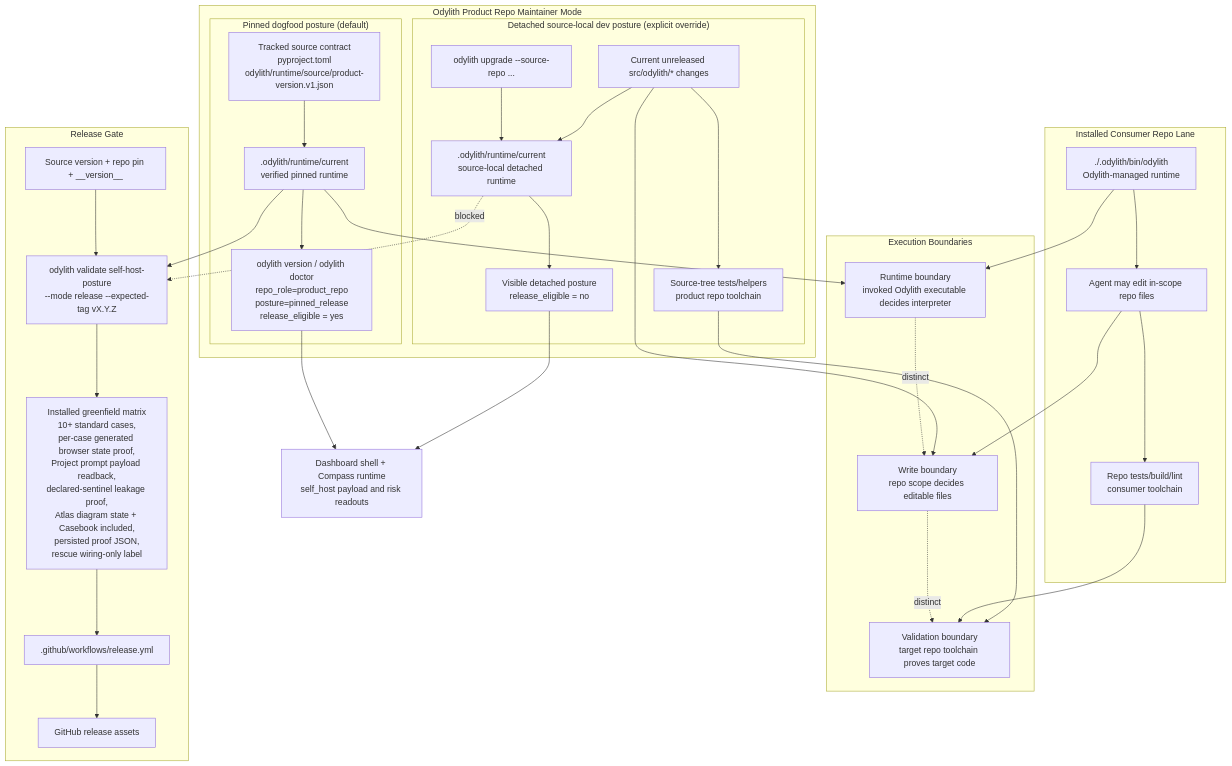
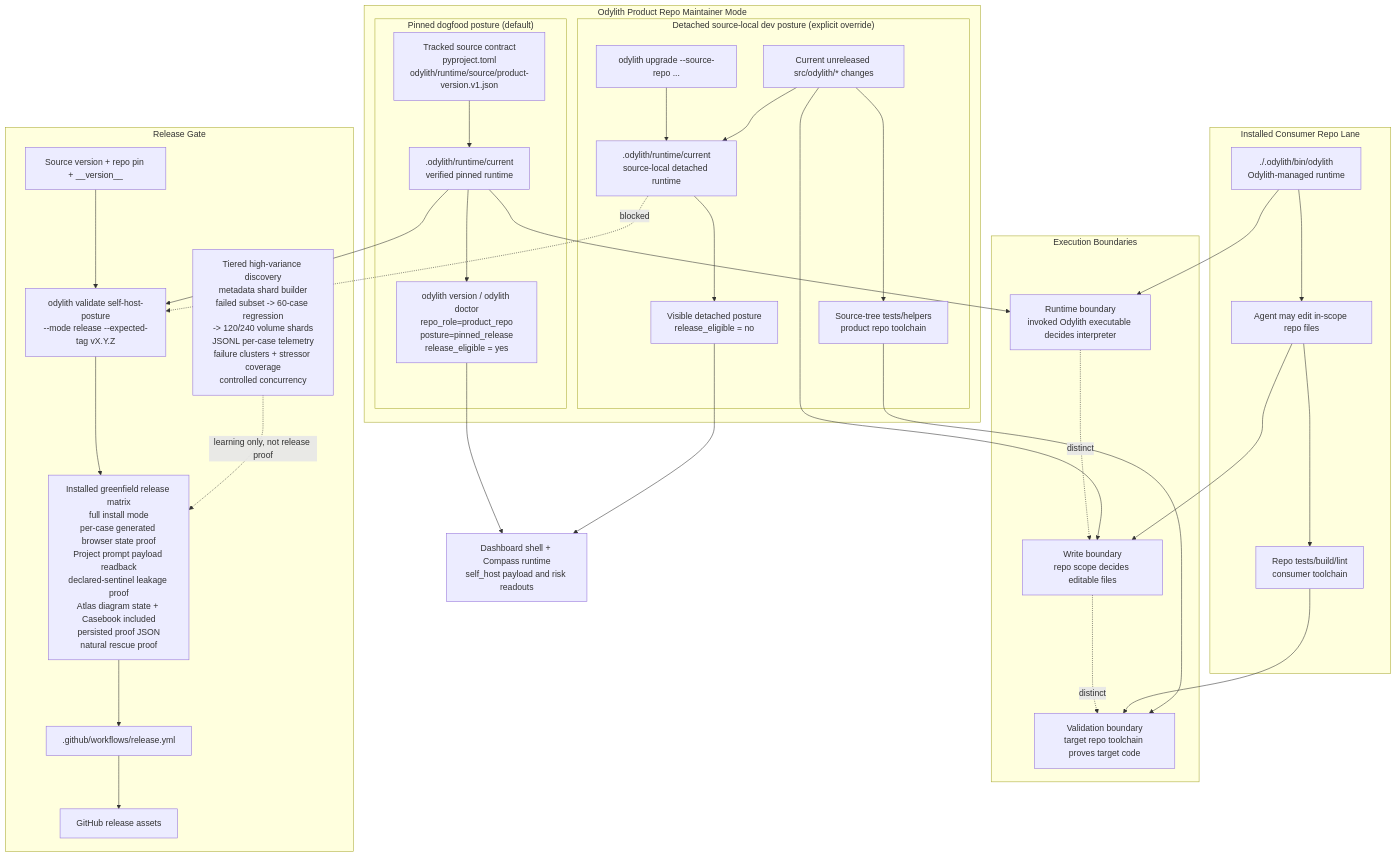
One commit to odylith/odylith changed the diagram in odylith/atlas/source/odylith-self-host-runtime-and-release-gate.mmd. Above: the diagram before and after it, drawn with Mermaid. The commit also changed 287 other files, not shown here.

First line of the commit message:
Harden greenfield post-confirm release proof

```diff
--- a/odylith/atlas/source/odylith-self-host-runtime-and-release-gate.mmd
+++ b/odylith/atlas/source/odylith-self-host-runtime-and-release-gate.mmd
@@ -1,55 +1,57 @@
 flowchart TB
     subgraph Consumer["Installed Consumer Repo Lane"]
         ConsumerLauncher["./.odylith/bin/odylith<br/>Odylith-managed runtime"]
         ConsumerWrites["Agent may edit in-scope repo files"]
         ConsumerToolchain["Repo tests/build/lint<br/>consumer toolchain"]
         ConsumerLauncher --> ConsumerWrites --> ConsumerToolchain
     end
 
     subgraph Maintainer["Odylith Product Repo Maintainer Mode"]
         subgraph Dogfood["Pinned dogfood posture (default)"]
             Source["Tracked source contract<br/>pyproject.toml<br/>odylith/runtime/source/product-version.v1.json"]
             Runtime[".odylith/runtime/current<br/>verified pinned runtime"]
             Status["odylith version / odylith doctor<br/>repo_role=product_repo<br/>posture=pinned_release<br/>release_eligible = yes"]
             Source --> Runtime --> Status
         end
 
         subgraph Dev["Detached source-local dev posture (explicit override)"]
             Override["odylith upgrade --source-repo ..."]
             Detached[".odylith/runtime/current<br/>source-local detached runtime"]
             LiveSource["Current unreleased src/odylith/* changes"]
             DevHelpers["Source-tree tests/helpers<br/>product repo toolchain"]
             DetachedStatus["Visible detached posture<br/>release_eligible = no"]
             Override --> Detached --> DetachedStatus
             LiveSource --> Detached
             LiveSource --> DevHelpers
         end
     end
 
     subgraph Boundaries["Execution Boundaries"]
         RuntimeBoundary["Runtime boundary<br/>invoked Odylith executable decides interpreter"]
         WriteBoundary["Write boundary<br/>repo scope decides editable files"]
         ValidationBoundary["Validation boundary<br/>target repo toolchain proves target code"]
         RuntimeBoundary -. distinct .-> WriteBoundary
         WriteBoundary -. distinct .-> ValidationBoundary
     end
 
     subgraph Gate["Release Gate"]
         Pin["Source version + repo pin + __version__"]
         Validate["odylith validate self-host-posture<br/>--mode release --expected-tag vX.Y.Z"]
-        Matrix["Installed greenfield matrix<br/>10+ standard cases,<br/>per-case generated browser state proof,<br/>Project prompt payload readback,<br/>declared-sentinel leakage proof,<br/>Atlas diagram state + Casebook included,<br/>persisted proof JSON,<br/>rescue wiring-only label"]
+        Discovery["Tiered high-variance discovery<br/>metadata shard builder<br/>failed subset -> 60-case regression<br/>-> 120/240 volume shards<br/>JSONL per-case telemetry<br/>failure clusters + stressor coverage<br/>controlled concurrency"]
+        Matrix["Installed greenfield release matrix<br/>full install mode<br/>per-case generated browser state proof<br/>Project prompt payload readback<br/>declared-sentinel leakage proof<br/>Atlas diagram state + Casebook included<br/>persisted proof JSON<br/>natural rescue proof"]
         Workflow[".github/workflows/release.yml"]
         Publish["GitHub release assets"]
         Pin --> Validate --> Matrix --> Workflow --> Publish
+        Discovery -. learning only, not release proof .-> Matrix
     end
 
     ConsumerLauncher --> RuntimeBoundary
     ConsumerWrites --> WriteBoundary
     ConsumerToolchain --> ValidationBoundary
     Runtime --> RuntimeBoundary
     LiveSource --> WriteBoundary
     DevHelpers --> ValidationBoundary
     Runtime --> Validate
     Detached -. blocked .-> Validate
     Status --> Readouts["Dashboard shell + Compass runtime<br/>self_host payload and risk readouts"]
     DetachedStatus --> Readouts
```
